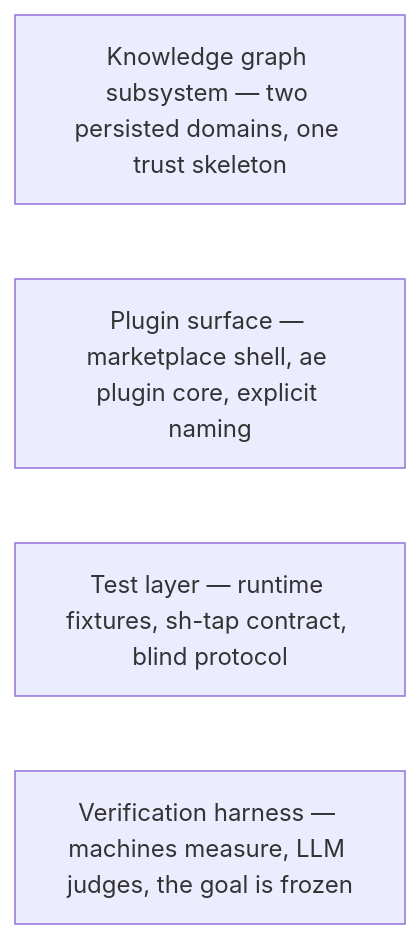
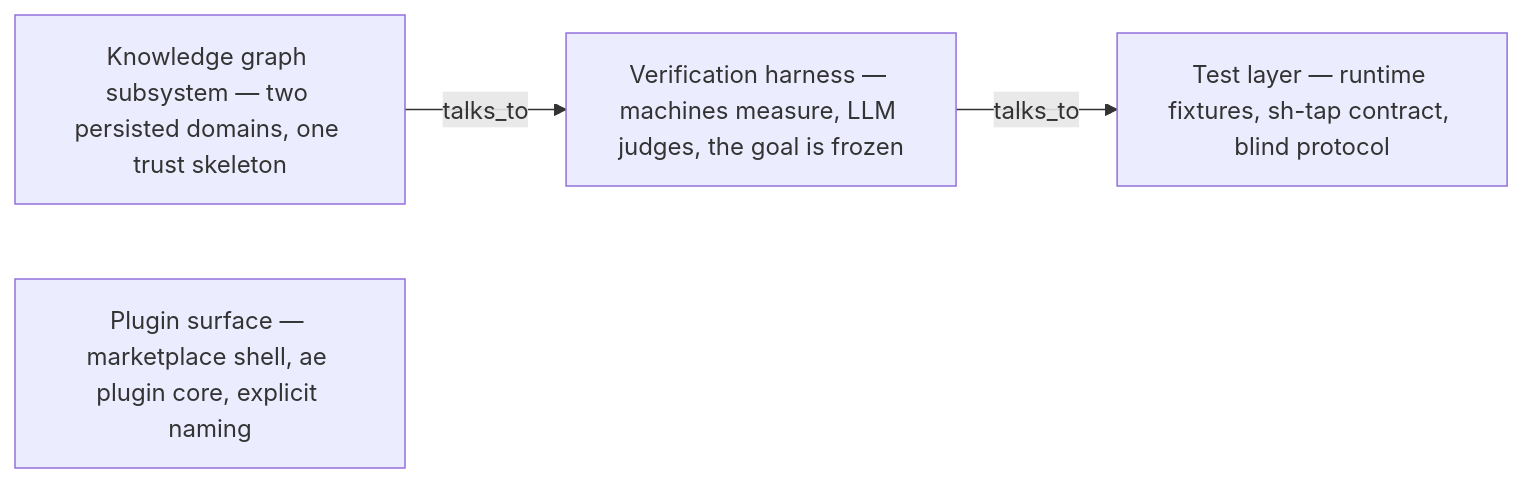
One commit to xmkevinchen/agentic-engineering changed the diagram in docs/architecture-graph.md. Above: the diagram before and after it, drawn with Mermaid. The commit also changed other lines of this file and 18 other files, not shown here.

````diff
--- a/docs/architecture-graph.md
+++ b/docs/architecture-graph.md
@@ -12,8 +12,10 @@
 ```mermaid
 graph LR
     classDef stale fill:#f6d5a8,stroke:#c77d2e
     syn_knowledge_graph["Knowledge graph subsystem — two persisted domains, one trust skeleton"]
     syn_plugin_surface["Plugin surface — marketplace shell, ae plugin core, explicit naming"]
     syn_test_layer["Test layer — runtime fixtures, sh-tap contract, blind protocol"]
     syn_verification_harness["Verification harness — machines measure, LLM judges, the goal is frozen"]
+    syn_knowledge_graph -->|talks_to| syn_verification_harness
+    syn_verification_harness -->|talks_to| syn_test_layer
 ```
````
